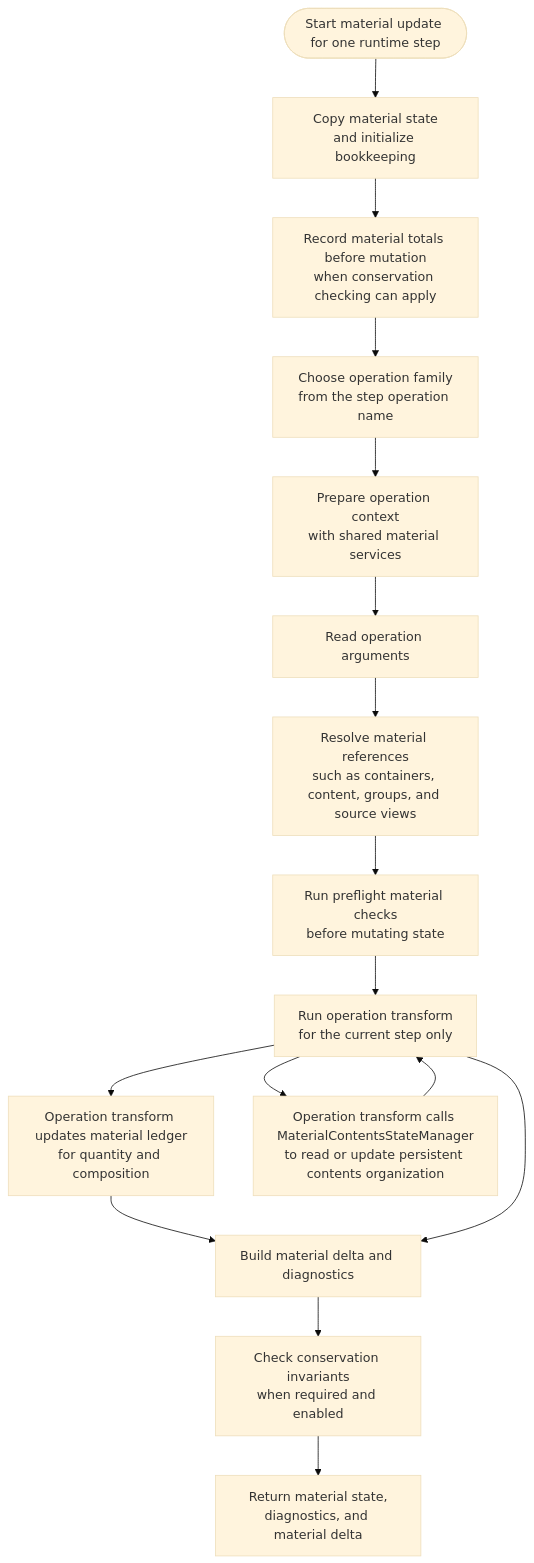
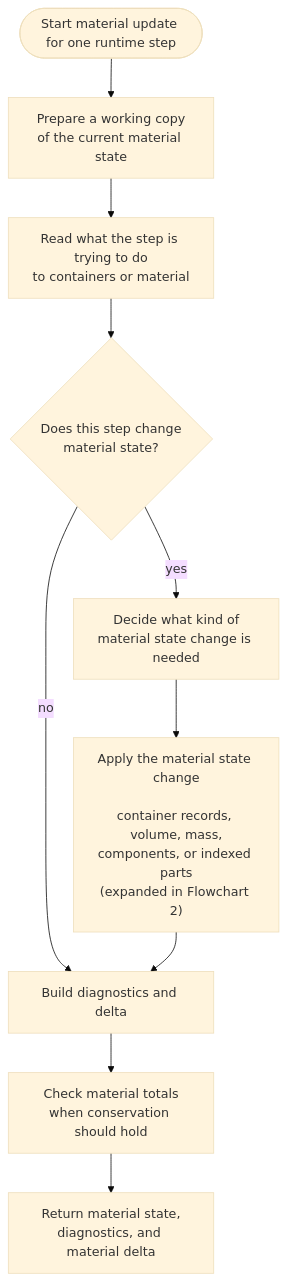
One commit to culsma/culsma changed the first of 8 diagrams in docs/architecture/material_compute_module_diagrams.md. Above: the diagram before and after it, drawn with Mermaid (base theme). The commit also changed other lines of this file and 10 other files, not shown here.

````diff
--- a/docs/architecture/material_compute_module_diagrams.md
+++ b/docs/architecture/material_compute_module_diagrams.md
@@ -72,33 +44,22 @@
 ```mermaid
 flowchart TB
     Start(["Start material update for one runtime step"])
-    Copy["Copy material state<br/>and initialize bookkeeping"]
-    TotalsBefore["Record material totals before mutation<br/>when conservation checking can apply"]
-    Dispatch["Choose operation family<br/>from the step operation name"]
-    Prepare["Prepare operation context<br/>with shared material services"]
-    Args["Read operation arguments"]
-    Refs["Resolve material references<br/>such as containers, content, groups, and source views"]
-    Guard["Run preflight material checks<br/>before mutating state"]
-    Transform["Run operation transform<br/>for the current step only"]
-    Ledger["Operation transform updates material ledger<br/>for quantity and composition"]
-    StateService["Operation transform calls MaterialContentsStateManager<br/>to read or update persistent contents organization"]
-    Delta["Build material delta and diagnostics"]
-    Conservation["Check conservation invariants<br/>when required and enabled"]
+    Frame["Prepare a working copy<br/>of the current material state"]
+    ReadStep["Read what the step is trying to do<br/>to containers or material"]
+    ChangesMaterial{"Does this step change<br/>material state?"}
+    PickChange["Decide what kind of<br/>material state change is needed"]
+    ApplyChange["Apply the material state change<br/><br/>container records, volume, mass,<br/>components, or indexed parts<br/>(expanded in Flowchart 2)"]
+    Finalize["Build diagnostics and delta"]
+    Conservation["Check material totals<br/>when conservation should hold"]
     Return["Return material state,<br/>diagnostics, and material delta"]
 
-    Start --> Copy
-    Copy --> TotalsBefore
-    TotalsBefore --> Dispatch
-    Dispatch --> Prepare
-    Prepare --> Args
-    Args --> Refs
-    Refs --> Guard
-    Guard --> Transform
-    Transform --> Ledger
-    Transform --> StateService
-    StateService --> Transform
-    Ledger --> Delta
-    Transform --> Delta
-    Delta --> Conservation
+    Start --> Frame
+    Frame --> ReadStep
+    ReadStep --> ChangesMaterial
+    ChangesMaterial -->|yes| PickChange
+    PickChange --> ApplyChange
+    ChangesMaterial -->|no| Finalize
+    ApplyChange --> Finalize
+    Finalize --> Conservation
     Conservation --> Return
 ```
````
